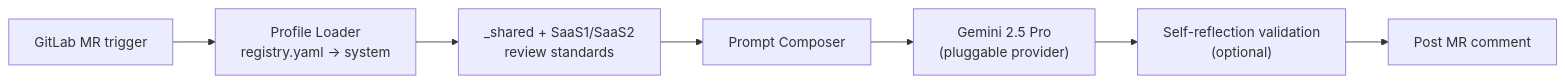
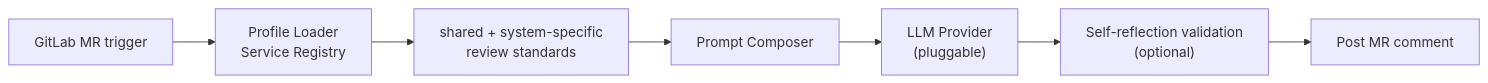
The diagram in src/content/cases/ai-code-review.en.mdx (twjohnwu/twjohnwu.github.io), drawn with Mermaid before and after one commit. The commit also changed other lines of this file and 9 other files, not shown here.

````diff
--- a/src/content/cases/ai-code-review.en.mdx
+++ b/src/content/cases/ai-code-review.en.mdx
@@ -20,9 +20,9 @@
 ```mermaid
 flowchart LR
-  MR[GitLab MR trigger] --> Loader["Profile Loader<br/>registry.yaml → system"]
-  Loader --> Standards["_shared + SaaS1/SaaS2<br/>review standards"]
+  MR[GitLab MR trigger] --> Loader["Profile Loader<br/>Service Registry"]
+  Loader --> Standards["shared + system-specific<br/>review standards"]
   Standards --> Composer[Prompt Composer]
-  Composer --> AI["Gemini 2.5 Pro<br/>(pluggable provider)"]
+  Composer --> AI["LLM Provider<br/>(pluggable)"]
   AI --> Reflect["Self-reflection validation<br/>(optional)"]
   Reflect --> Comment[Post MR comment]
 ```
````
